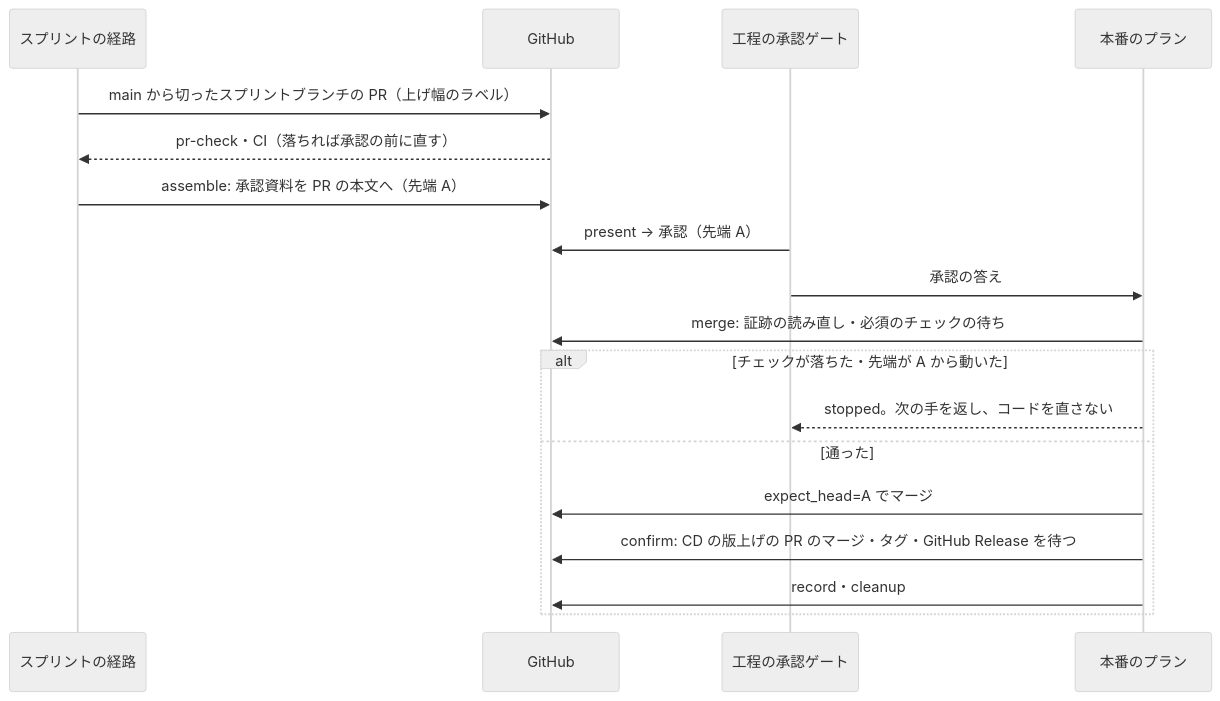
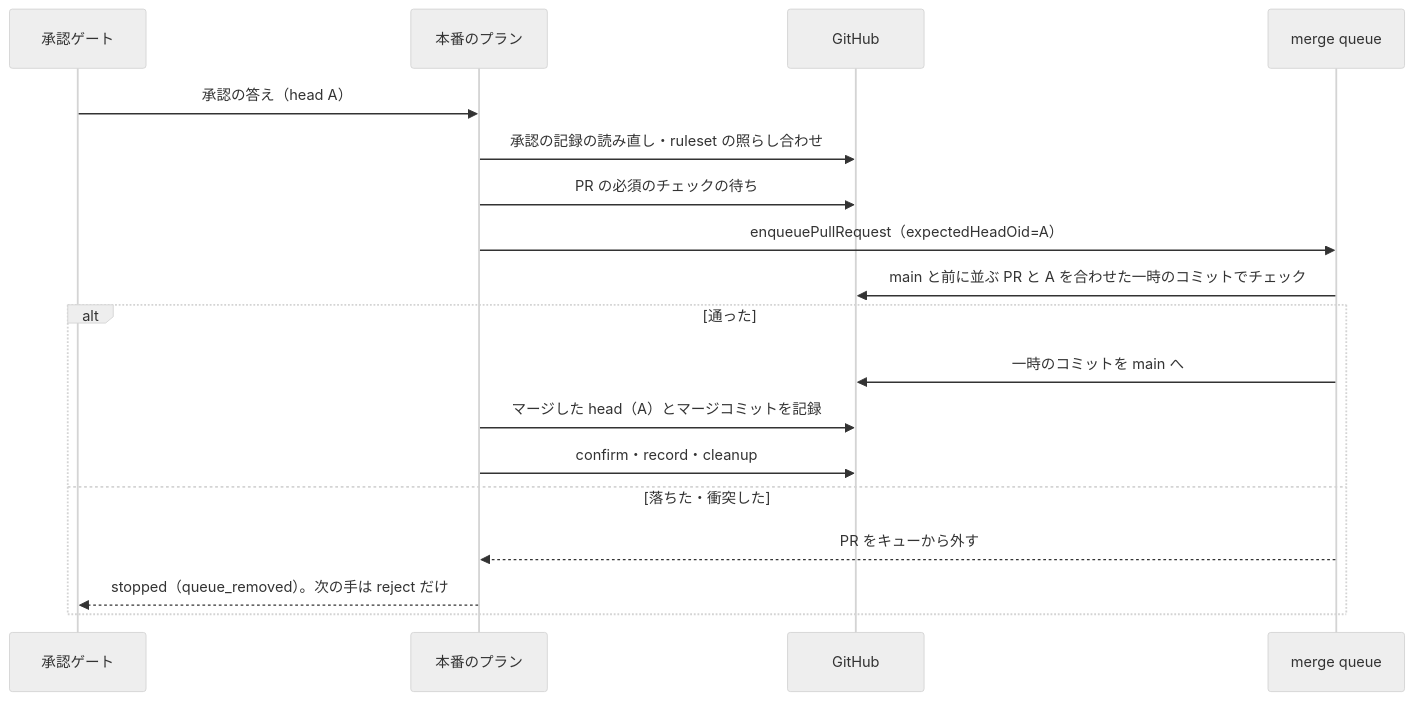
Before and after one commit to devbasex/ai-plugins: the second of 4 diagrams in issues/issue-3572-design.md, drawn with Mermaid (neutral theme). The commit also changed other lines of this file and 6 other files, not shown here.

First line of the commit message:
Docs: #3572 の設計をやり直す（ブランチ戦略をリポジトリごとに選び、同時の承認は merge queue で確かめる）

````diff
--- a/issues/issue-3572-design.md
+++ b/issues/issue-3572-design.md
@@ -350,20 +320,20 @@
 ```mermaid
 sequenceDiagram
-    participant S as スプリントの経路
+    participant G as 承認ゲート
+    participant P as 本番のプラン
     participant H as GitHub
-    participant G as 工程の承認ゲート
-    participant P as 本番のプラン
-    S->>H: main から切ったスプリントブランチの PR（上げ幅のラベル）
-    H-->>S: pr-check・CI（落ちれば承認の前に直す）
-    S->>H: assemble: 承認資料を PR の本文へ（先端 A）
-    G->>H: present → 承認（先端 A）
-    G->>P: 承認の答え
-    P->>H: merge: 証跡の読み直し・必須のチェックの待ち
-    alt チェックが落ちた・先端が A から動いた
-        P-->>G: stopped。次の手を返し、コードを直さない
-    else 通った
-        P->>H: expect_head=A でマージ
-        P->>H: confirm: CD の版上げの PR のマージ・タグ・GitHub Release を待つ
-        P->>H: record・cleanup
+    participant Q as merge queue
+    G->>P: 承認の答え（head A）
+    P->>H: 承認の記録の読み直し・ruleset の照らし合わせ
+    P->>H: PR の必須のチェックの待ち
+    P->>Q: enqueuePullRequest（expectedHeadOid=A）
+    Q->>H: main と前に並ぶ PR と A を合わせた一時のコミットでチェック
+    alt 通った
+        Q->>H: 一時のコミットを main へ
+        P->>H: マージした head（A）とマージコミットを記録
+        P->>H: confirm・record・cleanup
+    else 落ちた・衝突した
+        Q-->>P: PR をキューから外す
+        P-->>G: stopped（queue_removed）。次の手は reject だけ
     end
 ```
````
